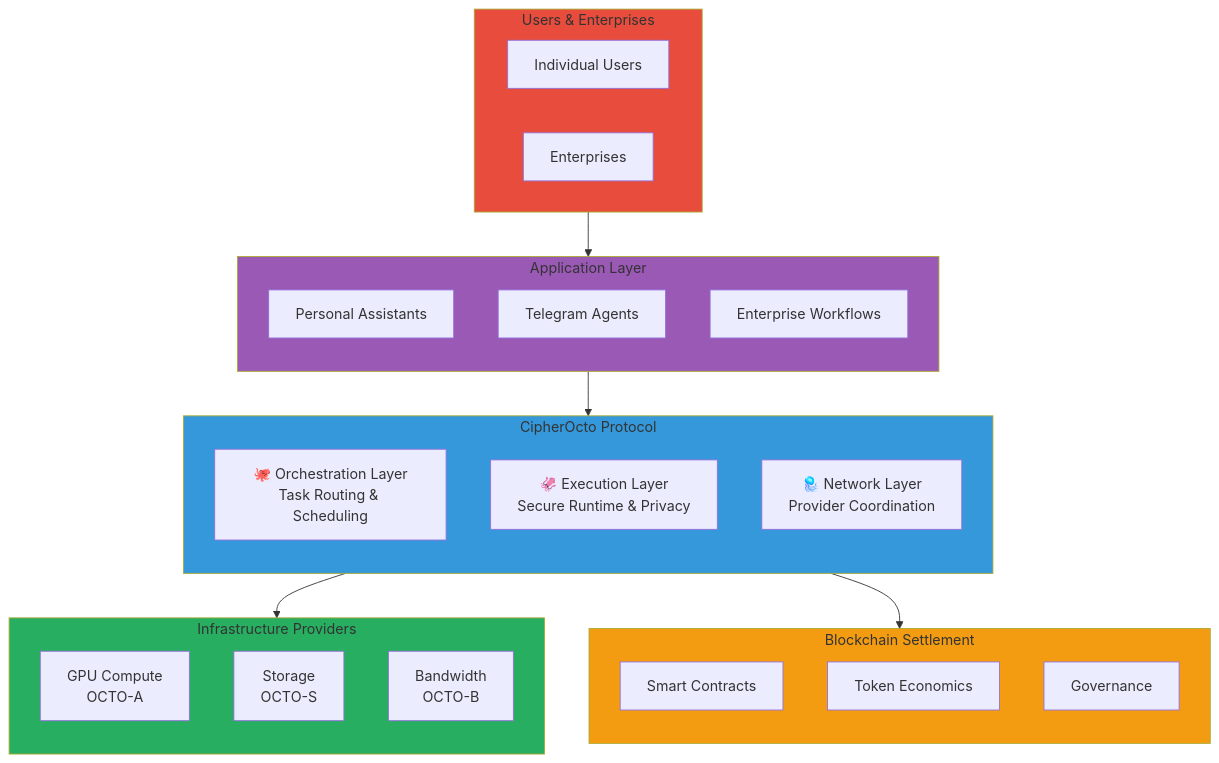
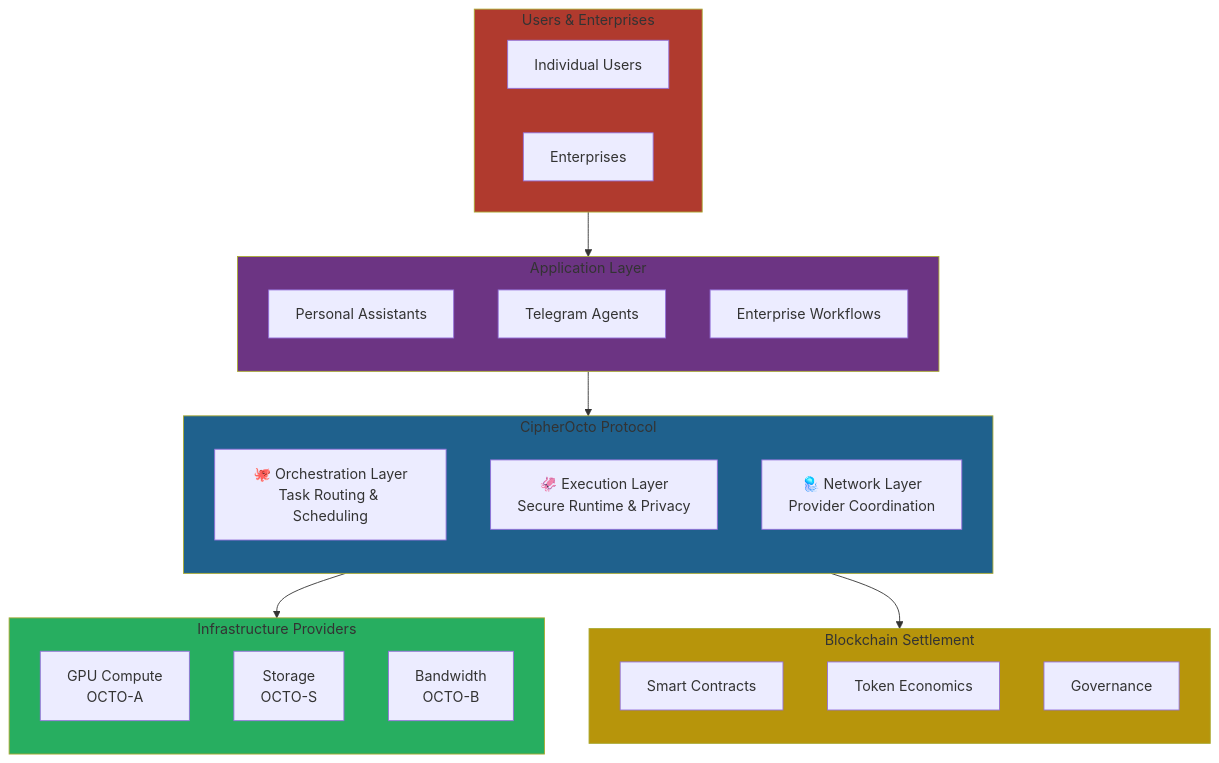
The diagram in README.md (CipherOcto/cipherocto), drawn with Mermaid before and after one commit. The commit also changed 13 other files, not shown here.

First line of the commit message:
Improve Mermaid diagram accessibility: Fix color contrast

````diff
--- a/README.md
+++ b/README.md
@@ -140,46 +140,46 @@
 ```mermaid
 graph TB
     subgraph USERS["Users & Enterprises"]
         U1[Individual Users]
         U2[Enterprises]
     end
 
     subgraph APPLICATION["Application Layer"]
         direction TB
         A1[Personal Assistants]
         A2[Telegram Agents]
         A3[Enterprise Workflows]
     end
 
     subgraph CIPHEROCTO["CipherOcto Protocol"]
         direction TB
         O1[🐙 Orchestration Layer<br/>Task Routing & Scheduling]
         O2[🦑 Execution Layer<br/>Secure Runtime & Privacy]
         O3[🪼 Network Layer<br/>Provider Coordination]
     end
 
     subgraph PROVIDERS["Infrastructure Providers"]
         direction TB
         P1[GPU Compute<br/>OCTO-A]
         P2[Storage<br/>OCTO-S]
         P3[Bandwidth<br/>OCTO-B]
     end
 
     subgraph BLOCKCHAIN["Blockchain Settlement"]
         direction TB
         B1[Smart Contracts]
         B2[Token Economics]
         B3[Governance]
     end
 
     USERS --> APPLICATION
     APPLICATION --> CIPHEROCTO
     CIPHEROCTO --> PROVIDERS
     CIPHEROCTO --> BLOCKCHAIN
 
-    style USERS fill:#e74c3c
-    style APPLICATION fill:#9b59b6
-    style CIPHEROCTO fill:#3498db
+    style USERS fill:#b03a2e
+    style APPLICATION fill:#6c3483
+    style CIPHEROCTO fill:#1f618d
     style PROVIDERS fill:#27ae60
-    style BLOCKCHAIN fill:#f39c12
+    style BLOCKCHAIN fill:#b7950b
 ```
````
